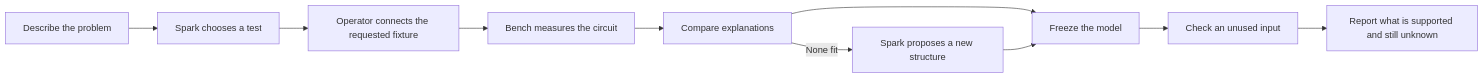
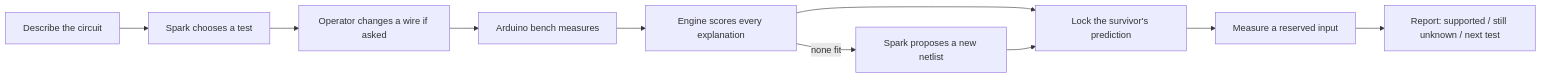
One commit to bami-codes/BenchMate changed the diagram in README.md. Above: the diagram before and after it, drawn with Mermaid. The commit also changed other lines of this file and 81 other files, not shown here.

````diff
--- a/README.md
+++ b/README.md
@@ -8,12 +59,12 @@
 ```mermaid
 flowchart LR
-    A[Describe the problem] --> B[Spark chooses a test]
-    B --> C[Operator connects the requested fixture]
-    C --> D[Bench measures the circuit]
-    D --> E[Compare explanations]
-    E --> F[Freeze the model]
-    F --> G[Check an unused input]
-    G --> H[Report what is supported and still unknown]
-    E -->|None fit| I[Spark proposes a new structure]
+    A[Describe the circuit] --> B[Spark chooses a test]
+    B --> C[Operator changes a wire if asked]
+    C --> D[Arduino bench measures]
+    D --> E[Engine scores every explanation]
+    E --> F[Lock the survivor's prediction]
+    F --> G[Measure a reserved input]
+    G --> H[Report: supported / still unknown / next test]
+    E -->|none fit| I[Spark proposes a new netlist]
     I --> F
 ```
````
